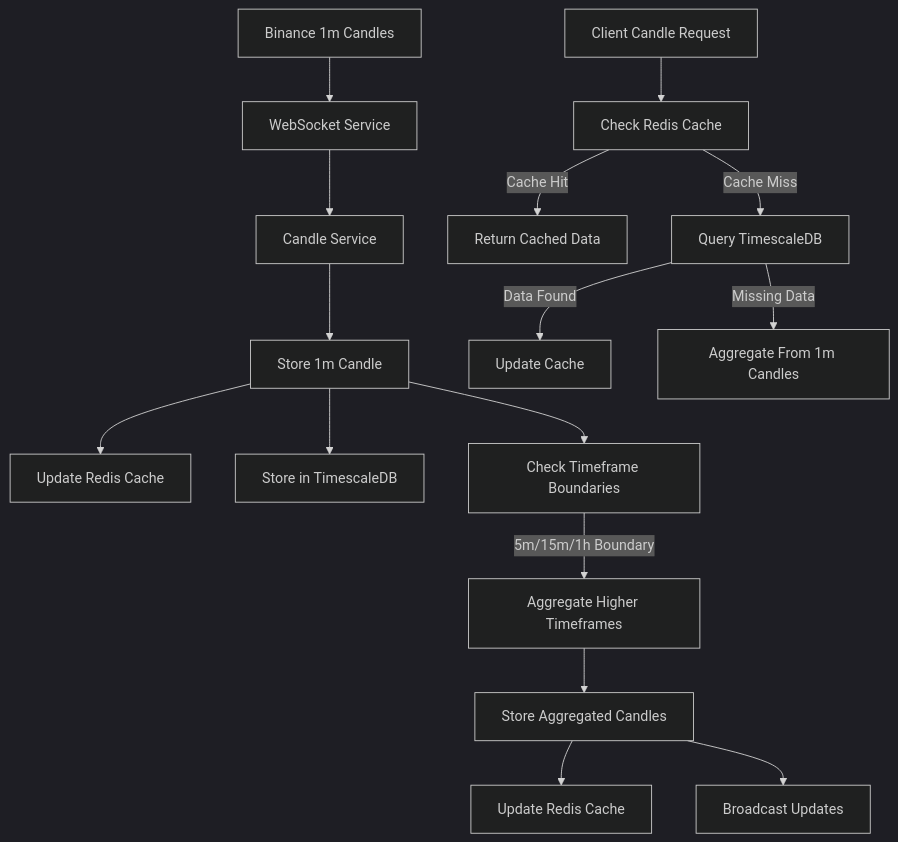
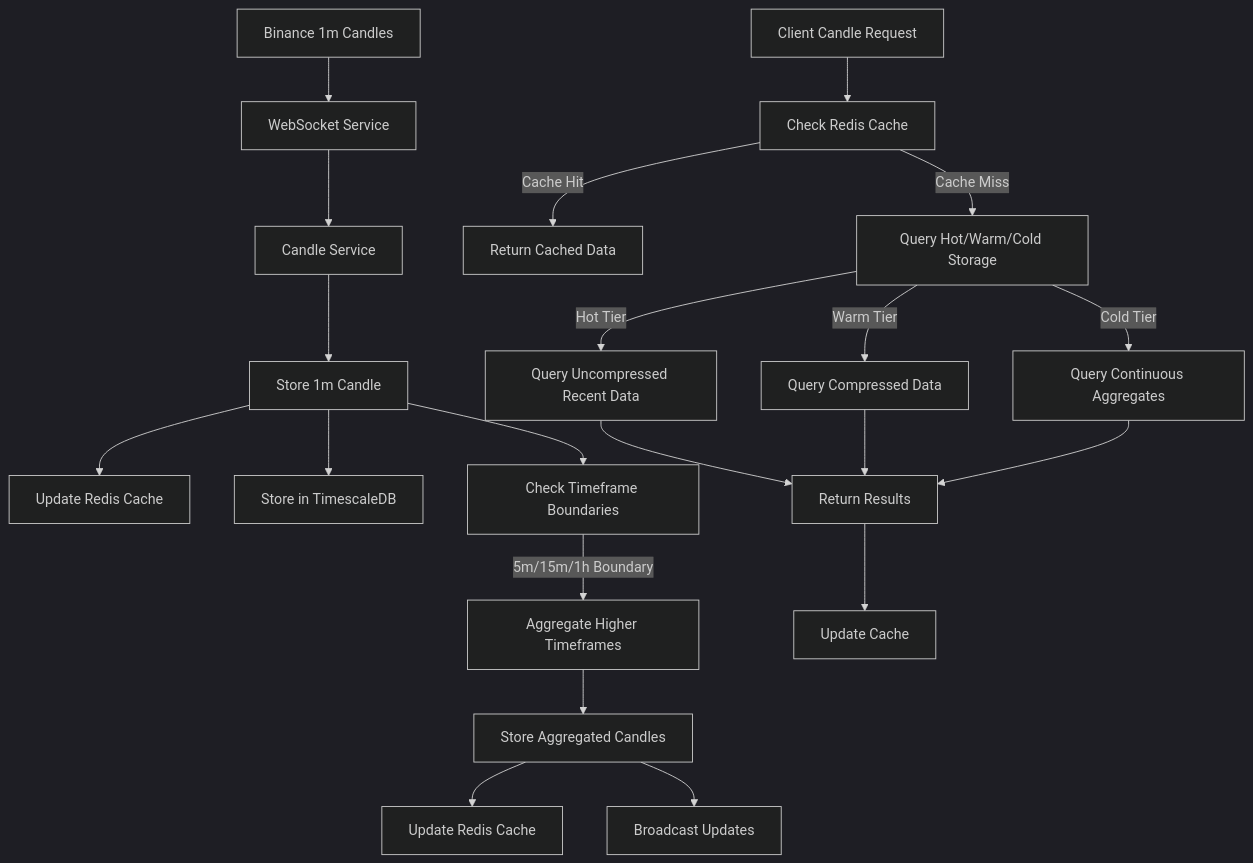
One commit to yashmakhija/Trades changed the diagram in backend/docs/core/candle-data-system.md. Above: the diagram before and after it, drawn with Mermaid (dark theme). The commit also changed other lines of this file and 5 other files, not shown here.

````diff
--- a/backend/docs/core/candle-data-system.md
+++ b/backend/docs/core/candle-data-system.md
@@ -46,18 +48,23 @@
 ```mermaid
 graph TD
     A[Binance 1m Candles] --> B[WebSocket Service]
     B --> C[Candle Service]
     C --> D[Store 1m Candle]
     D --> E[Update Redis Cache]
     D --> F[Store in TimescaleDB]
     D --> G[Check Timeframe Boundaries]
     G -->|5m/15m/1h Boundary| H[Aggregate Higher Timeframes]
     H --> I[Store Aggregated Candles]
     I --> J[Update Redis Cache]
     I --> K[Broadcast Updates]
     L[Client Candle Request] --> M[Check Redis Cache]
     M -->|Cache Hit| N[Return Cached Data]
-    M -->|Cache Miss| O[Query TimescaleDB]
-    O -->|Data Found| P[Update Cache]
-    O -->|Missing Data| Q[Aggregate From 1m Candles]
+    M -->|Cache Miss| O[Query Hot/Warm/Cold Storage]
+    O -->|Hot Tier| P[Query Uncompressed Recent Data]
+    O -->|Warm Tier| Q[Query Compressed Data]
+    O -->|Cold Tier| R[Query Continuous Aggregates]
+    P --> S[Return Results]
+    Q --> S
+    R --> S
+    S --> T[Update Cache]
 ```
````
